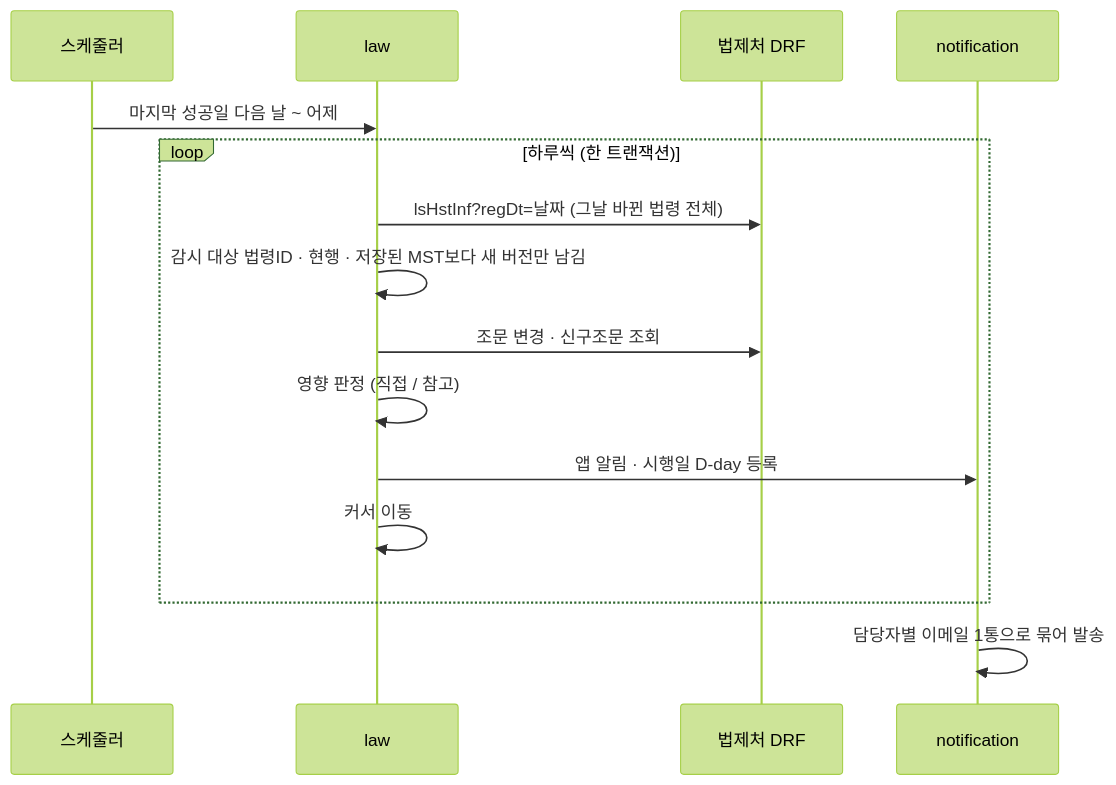
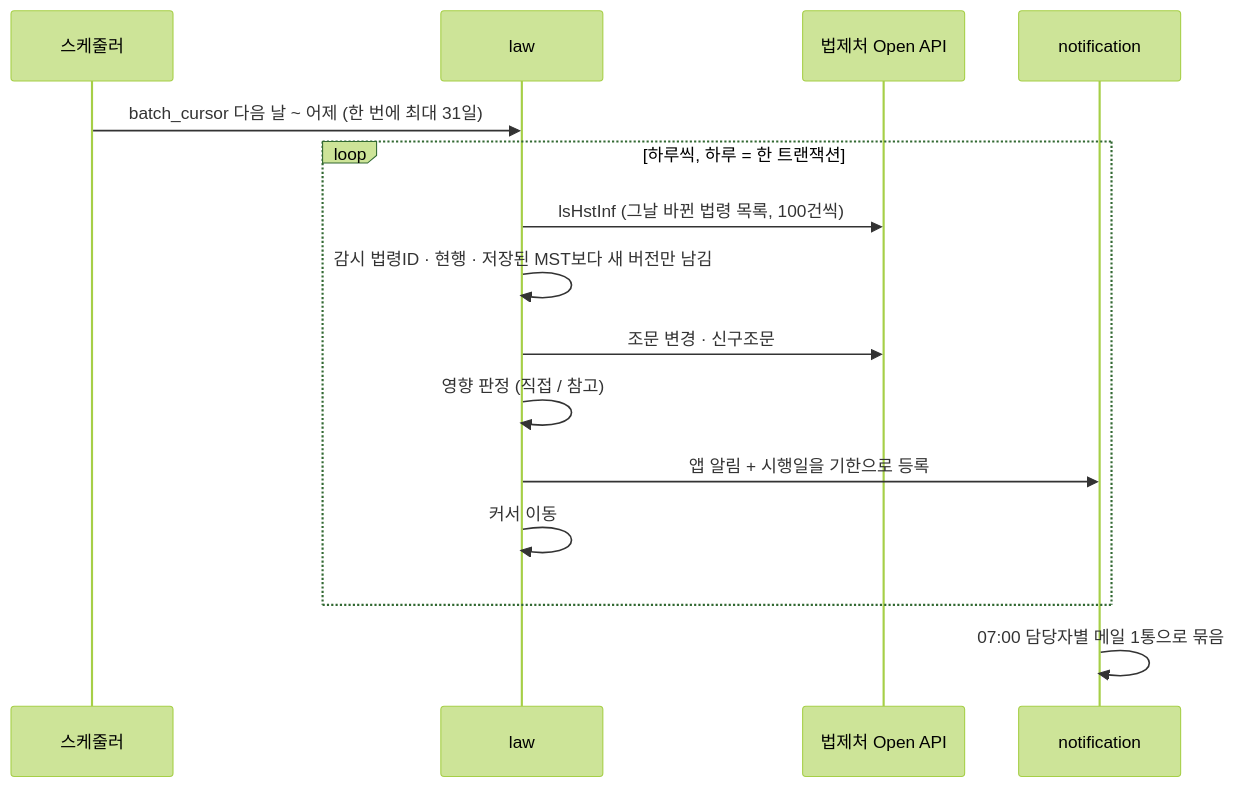
Before and after one commit to Dawit-lee/Environmental-License-System: the third of 5 diagrams in docs/ARCHITECTURE.md, drawn with Mermaid (forest theme). The commit also changed other lines of this file and 7 other files, not shown here.

Commit message:
docs: README·ARCHITECTURE를 설계사 중심 방향으로 갱신, PORTFOLIO 추가

````diff
--- a/docs/ARCHITECTURE.md
+++ b/docs/ARCHITECTURE.md
@@ -111,17 +100,17 @@
 ```mermaid
 sequenceDiagram
   participant S as 스케줄러
   participant L as law
-  participant D as 법제처 DRF
+  participant D as 법제처 Open API
   participant N as notification
-  S->>L: 마지막 성공일 다음 날 ~ 어제
-  loop 하루씩 (한 트랜잭션)
-    L->>D: lsHstInf?regDt=날짜 (그날 바뀐 법령 전체)
-    L->>L: 감시 대상 법령ID · 현행 · 저장된 MST보다 새 버전만 남김
-    L->>D: 조문 변경 · 신구조문 조회
+  S->>L: batch_cursor 다음 날 ~ 어제 (한 번에 최대 31일)
+  loop 하루씩, 하루 = 한 트랜잭션
+    L->>D: lsHstInf (그날 바뀐 법령 목록, 100건씩)
+    L->>L: 감시 법령ID · 현행 · 저장된 MST보다 새 버전만 남김
+    L->>D: 조문 변경 · 신구조문
     L->>L: 영향 판정 (직접 / 참고)
-    L->>N: 앱 알림 · 시행일 D-day 등록
+    L->>N: 앱 알림 + 시행일을 기한으로 등록
     L->>L: 커서 이동
   end
-  N->>N: 담당자별 이메일 1통으로 묶어 발송
+  N->>N: 07:00 담당자별 메일 1통으로 묶음
 ```
````
